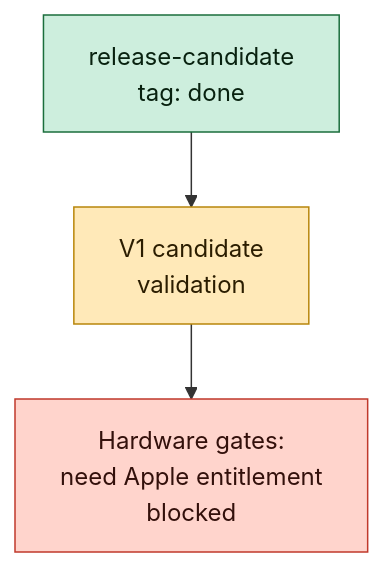
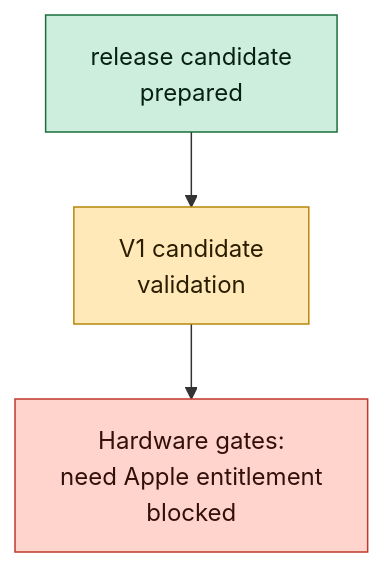
Before and after one commit to MacGuard/macguard-yara-channel: the diagram in docs/wiki/diagrams/roadmap-global-3-usb.mmd, drawn with Mermaid. The commit also changed 53 other files, not shown here.

```diff
--- a/docs/wiki/diagrams/roadmap-global-3-usb.mmd
+++ b/docs/wiki/diagrams/roadmap-global-3-usb.mmd
@@ -1,10 +1,10 @@
 %%{init: {"flowchart": {"wrappingWidth": 300}}}%%
 flowchart TB
-  U1["release-candidate<br/>tag: done"]:::done
+  U1["release candidate<br/>prepared"]:::done
   U2["V1 candidate<br/>validation"]:::doing
   U3["Hardware gates:<br/>need Apple entitlement<br/>blocked"]:::block
   U1 --> U2
   U2 --> U3
   classDef done fill:#cdeedd,stroke:#1b6e3c,color:#08210f
   classDef doing fill:#ffe9b8,stroke:#b8860b,color:#2b1d00
   classDef block fill:#ffd4cc,stroke:#c0392b,color:#33100b
```
